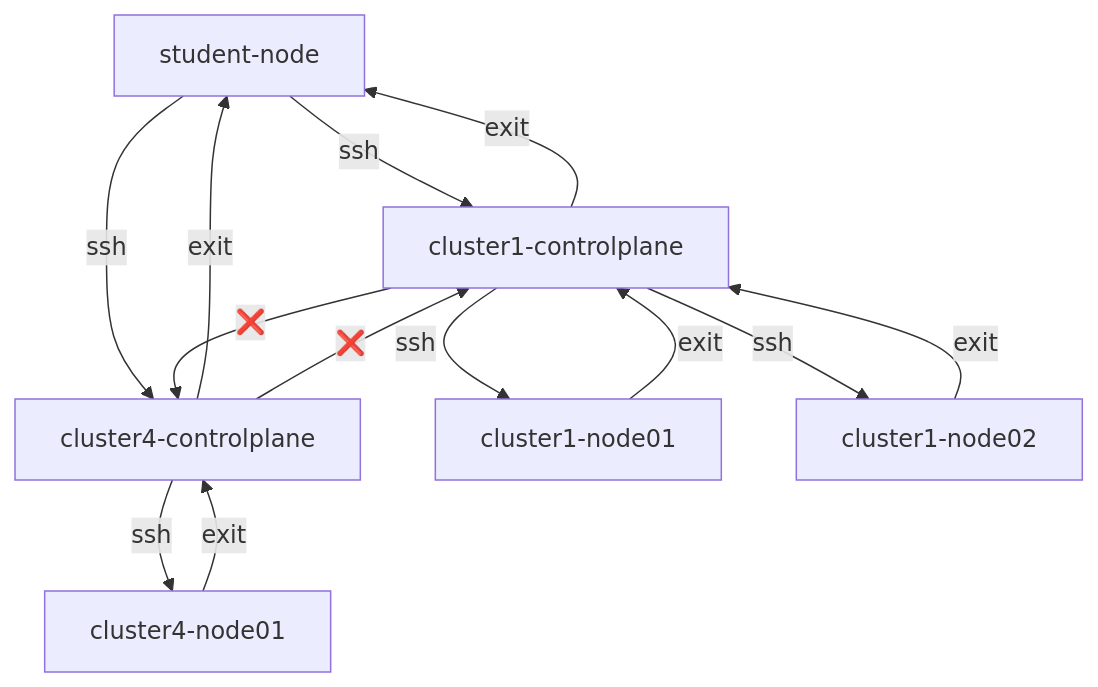
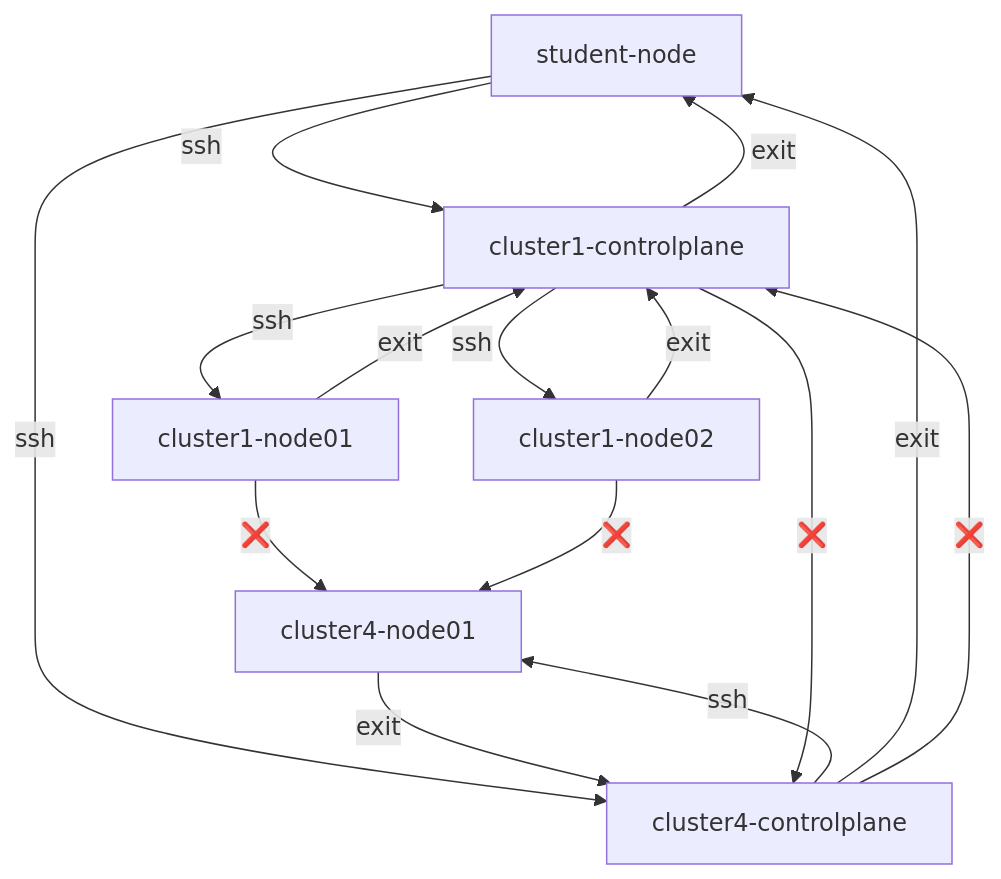
The fourth of 4 diagrams in docs/ssh.md (kodekloudhub/community-faq), drawn with Mermaid before and after one commit. The commit also changed other lines of this file, not shown here.

````diff
--- a/docs/ssh.md
+++ b/docs/ssh.md
@@ -324,29 +324,31 @@
 ```mermaid
 flowchart TD
 
     Jump[student-node]
 
     AC[cluster1-controlplane]
     BC[cluster4-controlplane]
     A1[cluster1-node01]
     A2[cluster1-node02]
     B1[cluster4-node01]
 
     Jump -->|ssh| AC
     Jump -->|ssh| BC
 
     AC -->|ssh| A1
     AC -->|ssh| A2
 
     BC -->|ssh| B1
 
     A1 -->|exit| AC
     A2 -->|exit| AC
     AC -->|exit| Jump
 
     B1 -->|exit| BC
     BC -->|exit| Jump
 
     AC -->|❌| BC
     BC -->|❌| AC
+    A1 -->|❌| B1
+    A2 -->|❌| B1
 ```
````
